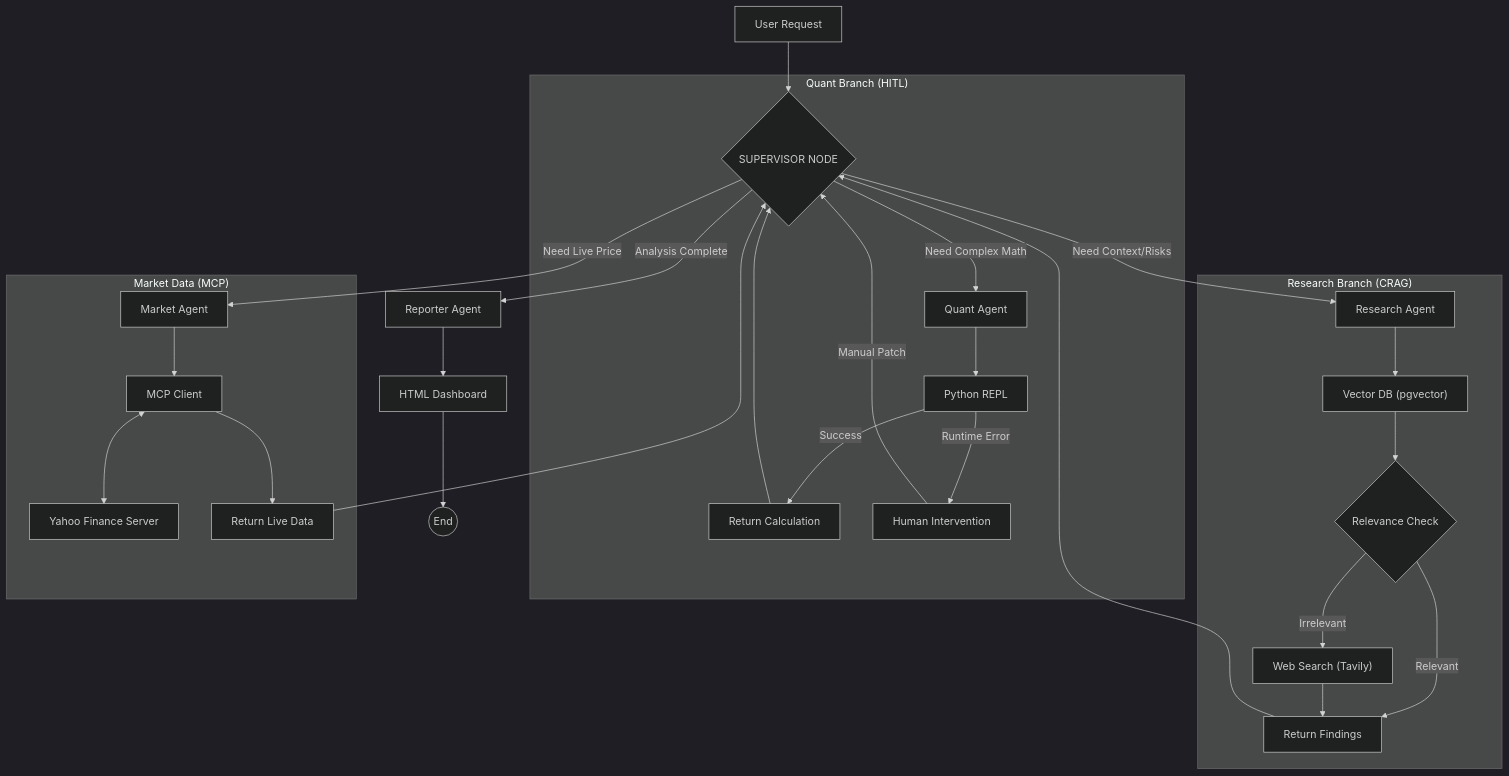
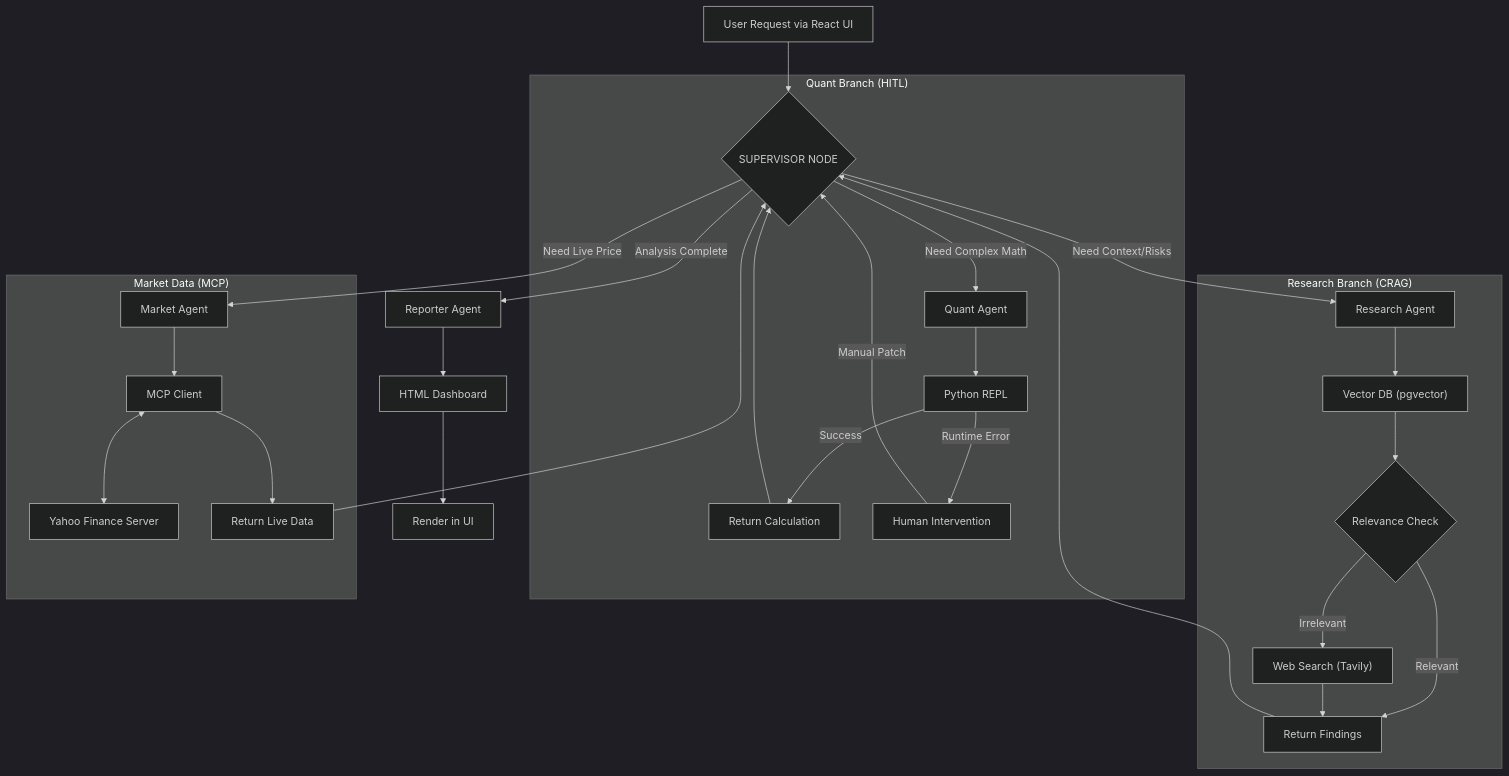
Before and after one commit to rauldgarcia/TITAN: the diagram in README.md, drawn with Mermaid (dark theme). The commit also changed other lines of this file and 5 other files, not shown here.

````diff
--- a/README.md
+++ b/README.md
@@ -29,42 +30,42 @@
 ```mermaid
     graph TD
-    User[User Request] --> Supervisor{SUPERVISOR NODE}
+    User[User Request via React UI] --> Supervisor{SUPERVISOR NODE}
 
     %% Delegation Paths
     Supervisor -- "Need Context/Risks" --> Research[Research Agent]
     Supervisor -- "Need Complex Math" --> Quant[Quant Agent]
     Supervisor -- "Need Live Price" --> Market[Market Agent]
     Supervisor -- "Analysis Complete" --> Reporter[Reporter Agent]
 
     %% Research Sub-Graph
     subgraph "Research Branch (CRAG)"
         Research --> DB["Vector DB (pgvector)"]
         DB --> Grade{"Relevance Check"}
         Grade -- "Irrelevant" --> Web["Web Search (Tavily)"]
         Grade -- "Relevant" --> Return1[Return Findings]
         Web --> Return1
     end
 
     %% Quant Sub-Graph
     subgraph "Quant Branch (HITL)"
         Quant --> Code[Python REPL]
         Code -- "Success" --> Return2[Return Calculation]
         Code -- "Runtime Error" --> Pause[Human Intervention]
         Pause -- "Manual Patch" --> Supervisor
     end
 
     %% Market Sub-Graph
     subgraph "Market Data (MCP)"
         Market --> Client[MCP Client]
         Client <--> Server[Yahoo Finance Server]
         Client --> Return3[Return Live Data]
     end
 
     %% Feedback Loops
     Return1 --> Supervisor
     Return2 --> Supervisor
     Return3 --> Supervisor
 
     %% Output
-    Reporter --> HTML[HTML Dashboard] --> End((End))
+    Reporter --> HTML[HTML Dashboard] --> ReactClient[Render in UI]
 ```
````
